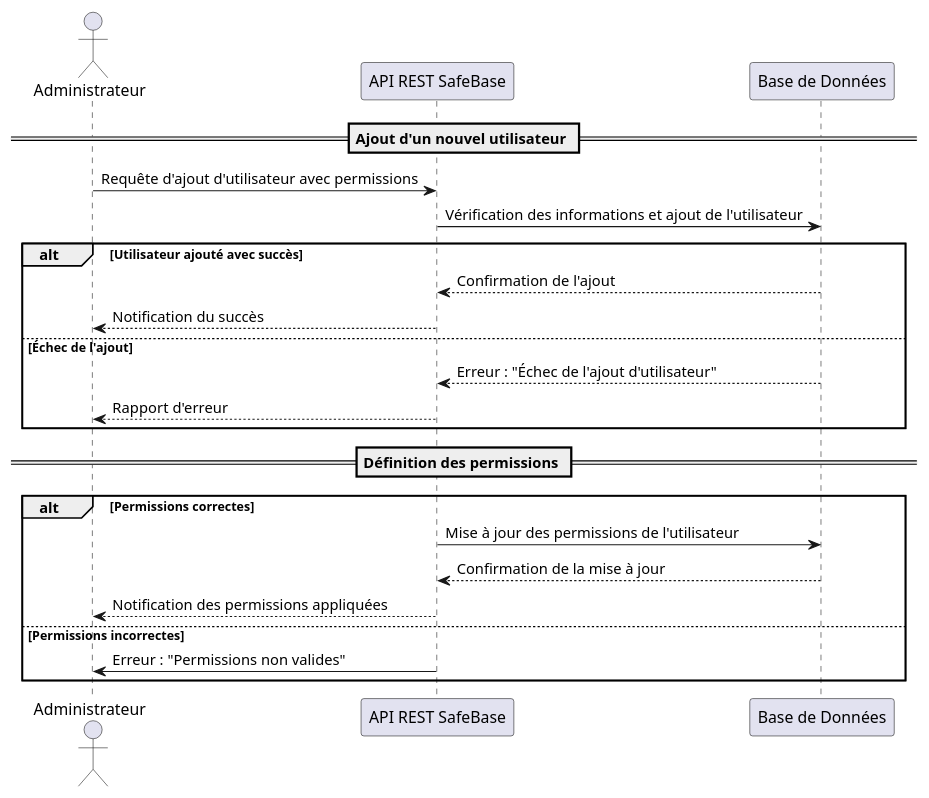
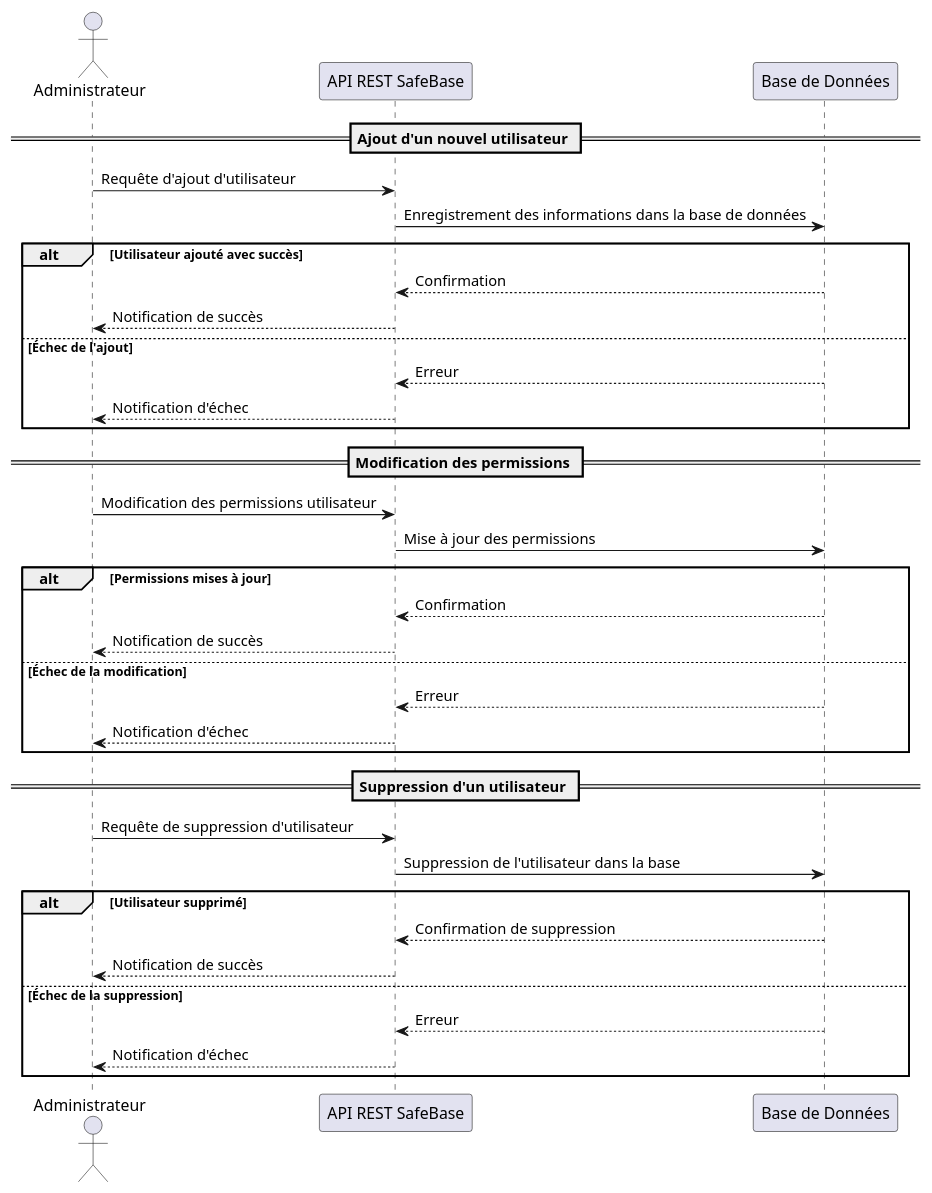
One commit to benoit-bremaud/plateforme-safebase changed the seventh of 12 diagrams in docs/uml/diagramme_sequence.md. Above: the diagram before and after it, drawn with PlantUML. The commit also changed other lines of this file, not shown here.

First line of the commit message:
docs(diagram-sequence): synthesize and finalize UML sequence diagrams

````diff
--- a/docs/uml/diagramme_sequence.md
+++ b/docs/uml/diagramme_sequence.md
@@ -503,28 +343,43 @@
 ```plantuml
 @startuml
 actor "Administrateur" as Admin
 participant "API REST SafeBase" as API
 participant "Base de Données" as DB
 
 == Ajout d'un nouvel utilisateur ==
-Admin -> API : Requête d'ajout d'utilisateur avec permissions
-API -> DB : Vérification des informations et ajout de l'utilisateur
+Admin -> API : Requête d'ajout d'utilisateur
+API -> DB : Enregistrement des informations dans la base de données
 
 alt Utilisateur ajouté avec succès
-  DB --> API : Confirmation de l'ajout
-  API --> Admin : Notification du succès
+    DB --> API : Confirmation
+    API --> Admin : Notification de succès
 else Échec de l'ajout
-  DB --> API : Erreur : "Échec de l'ajout d'utilisateur"
-  API --> Admin : Rapport d'erreur
+    DB --> API : Erreur
+    API --> Admin : Notification d'échec
 end alt
 
-== Définition des permissions ==
-alt Permissions correctes
-  API -> DB : Mise à jour des permissions de l'utilisateur
-  DB --> API : Confirmation de la mise à jour
-  API --> Admin : Notification des permissions appliquées
-else Permissions incorrectes
-  API -> Admin : Erreur : "Permissions non valides"
+== Modification des permissions ==
+Admin -> API : Modification des permissions utilisateur
+API -> DB : Mise à jour des permissions
+
+alt Permissions mises à jour
+    DB --> API : Confirmation
+    API --> Admin : Notification de succès
+else Échec de la modification
+    DB --> API : Erreur
+    API --> Admin : Notification d'échec
+end alt
+
+== Suppression d'un utilisateur ==
+Admin -> API : Requête de suppression d'utilisateur
+API -> DB : Suppression de l'utilisateur dans la base
+
+alt Utilisateur supprimé
+    DB --> API : Confirmation de suppression
+    API --> Admin : Notification de succès
+else Échec de la suppression
+    DB --> API : Erreur
+    API --> Admin : Notification d'échec
 end alt
 @enduml
 ```
````
